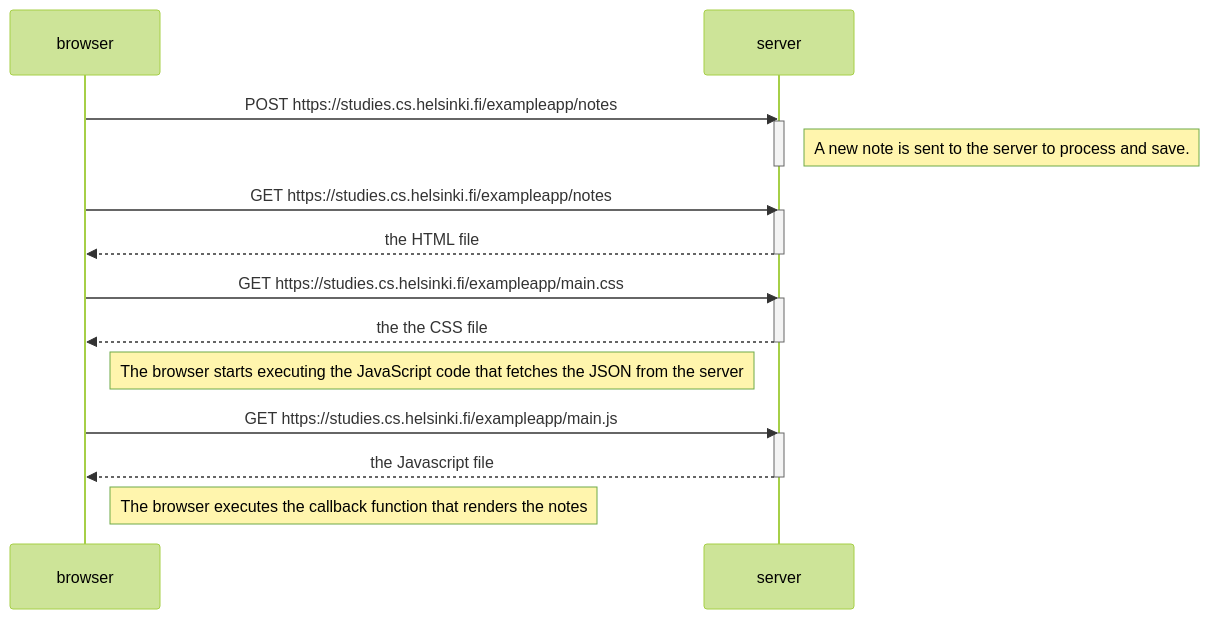
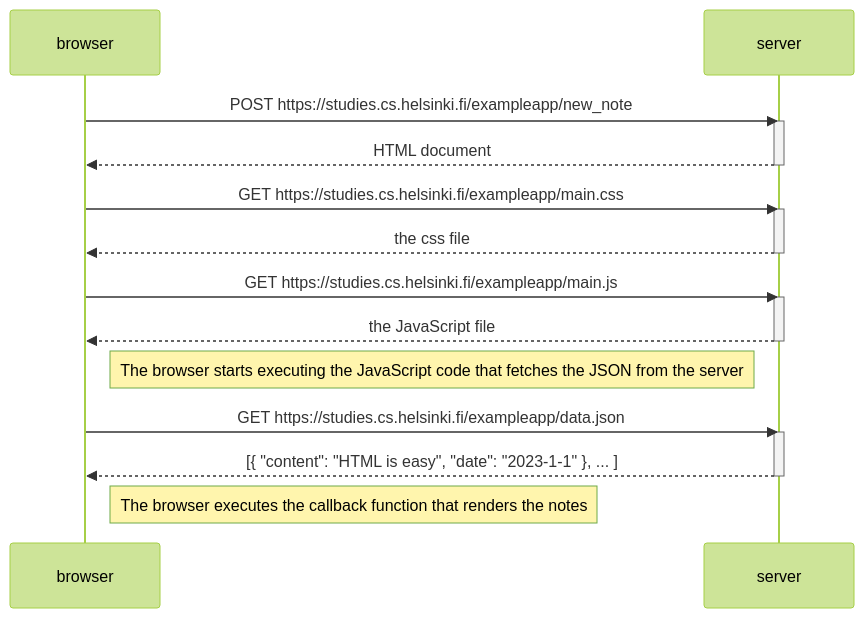
The diagram in part0/part0-4.md (dunghoilyd01/fullstackopen), drawn with Mermaid (forest theme) before and after one commit.

````diff
--- a/part0/part0-4.md
+++ b/part0/part0-4.md
@@ -1,29 +1,29 @@
 ```mermaid
 sequenceDiagram
     participant browser
     participant server
 
-    browser->>server: POST https://studies.cs.helsinki.fi/exampleapp/notes
+    browser->>server: POST https://studies.cs.helsinki.fi/exampleapp/new_note
     activate server
-    Note right of server: A new note is sent to the server to process and save.
-    deactivate server
-
-    browser->>server: GET https://studies.cs.helsinki.fi/exampleapp/notes
-    activate server
-    server-->>browser: the HTML file
+    server-->>browser: HTML document
     deactivate server
 
     browser->>server: GET https://studies.cs.helsinki.fi/exampleapp/main.css
     activate server
-    server-->>browser: the the CSS file
+    server-->>browser: the css file
+    deactivate server
+
+    browser->>server: GET https://studies.cs.helsinki.fi/exampleapp/main.js
+    activate server
+    server-->>browser: the JavaScript file
     deactivate server
 
     Note right of browser: The browser starts executing the JavaScript code that fetches the JSON from the server
 
-    browser->>server: GET https://studies.cs.helsinki.fi/exampleapp/main.js
+    browser->>server: GET https://studies.cs.helsinki.fi/exampleapp/data.json
     activate server
-    server-->>browser: the Javascript file
+    server-->>browser: [{ "content": "HTML is easy", "date": "2023-1-1" }, ... ]
     deactivate server
 
     Note right of browser: The browser executes the callback function that renders the notes
 ```
````
